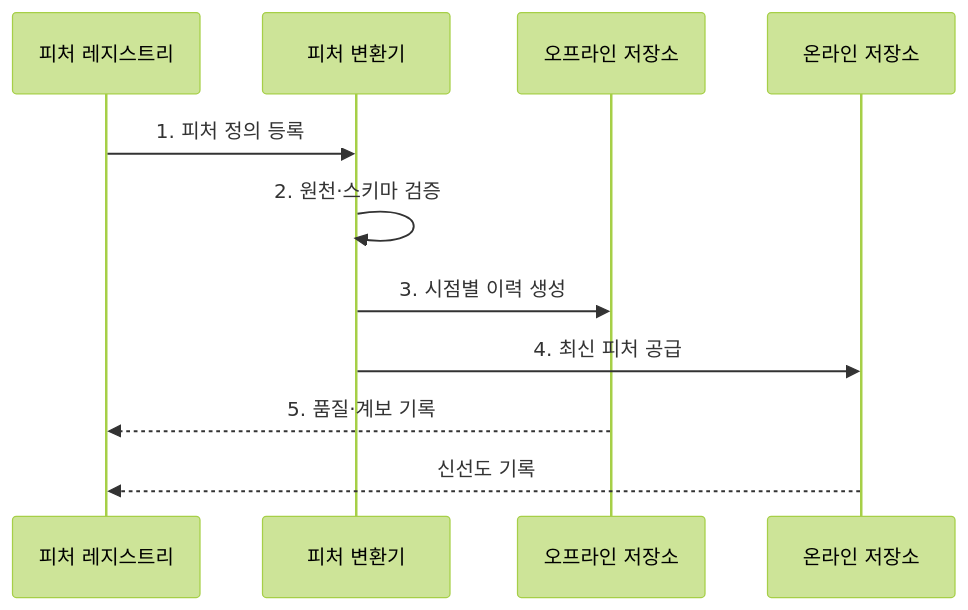
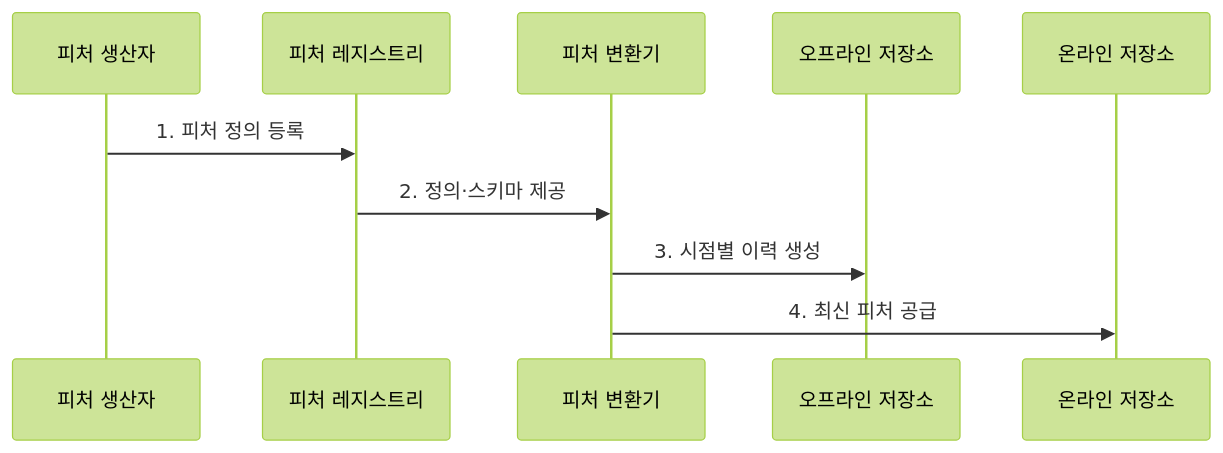
The second of 2 diagrams in src/content/docs/notes/03-software/204_feature_store.md (agnusdei1207/knowledge-base), drawn with Mermaid (forest theme) before and after one commit. The commit also changed other lines of this file and 20 other files, not shown here.

````diff
--- a/src/content/docs/notes/03-software/204_feature_store.md
+++ b/src/content/docs/notes/03-software/204_feature_store.md
@@ -85,13 +87,12 @@
 ```mermaid
 sequenceDiagram
+    participant P as 피처 생산자
     participant R as 피처 레지스트리
     participant T as 피처 변환기
     participant O as 오프라인 저장소
     participant N as 온라인 저장소
-    R->>T: 1. 피처 정의 등록
-    T->>T: 2. 원천·스키마 검증
+    P->>R: 1. 피처 정의 등록
+    R->>T: 2. 정의·스키마 제공
     T->>O: 3. 시점별 이력 생성
     T->>N: 4. 최신 피처 공급
-    O-->>R: 5. 품질·계보 기록
-    N-->>R: 신선도 기록
 ```
````
